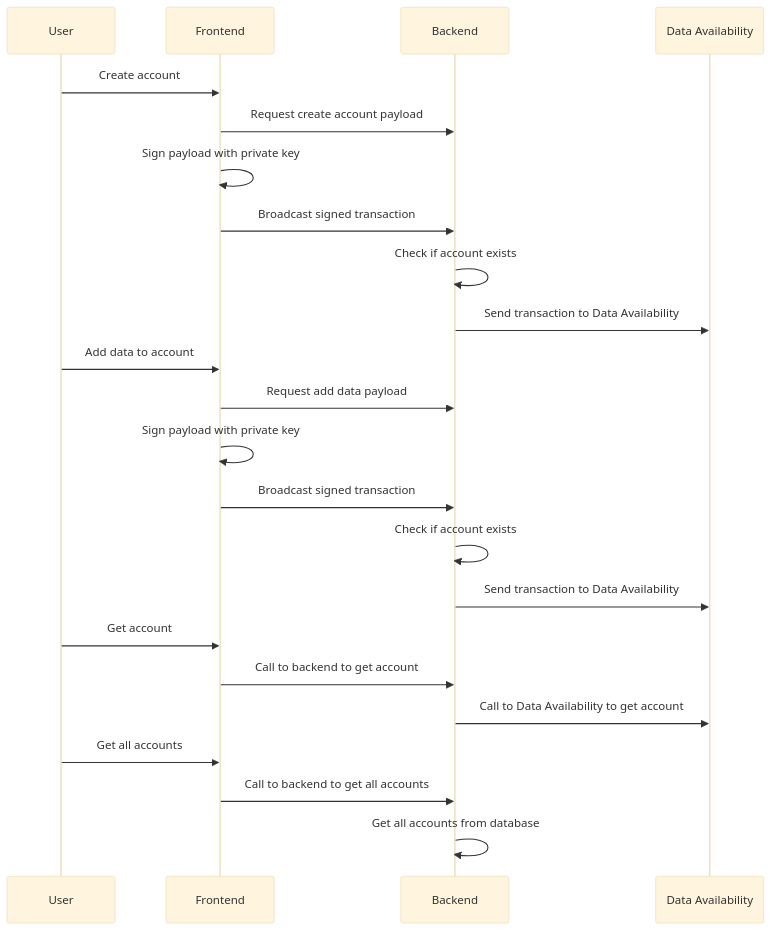
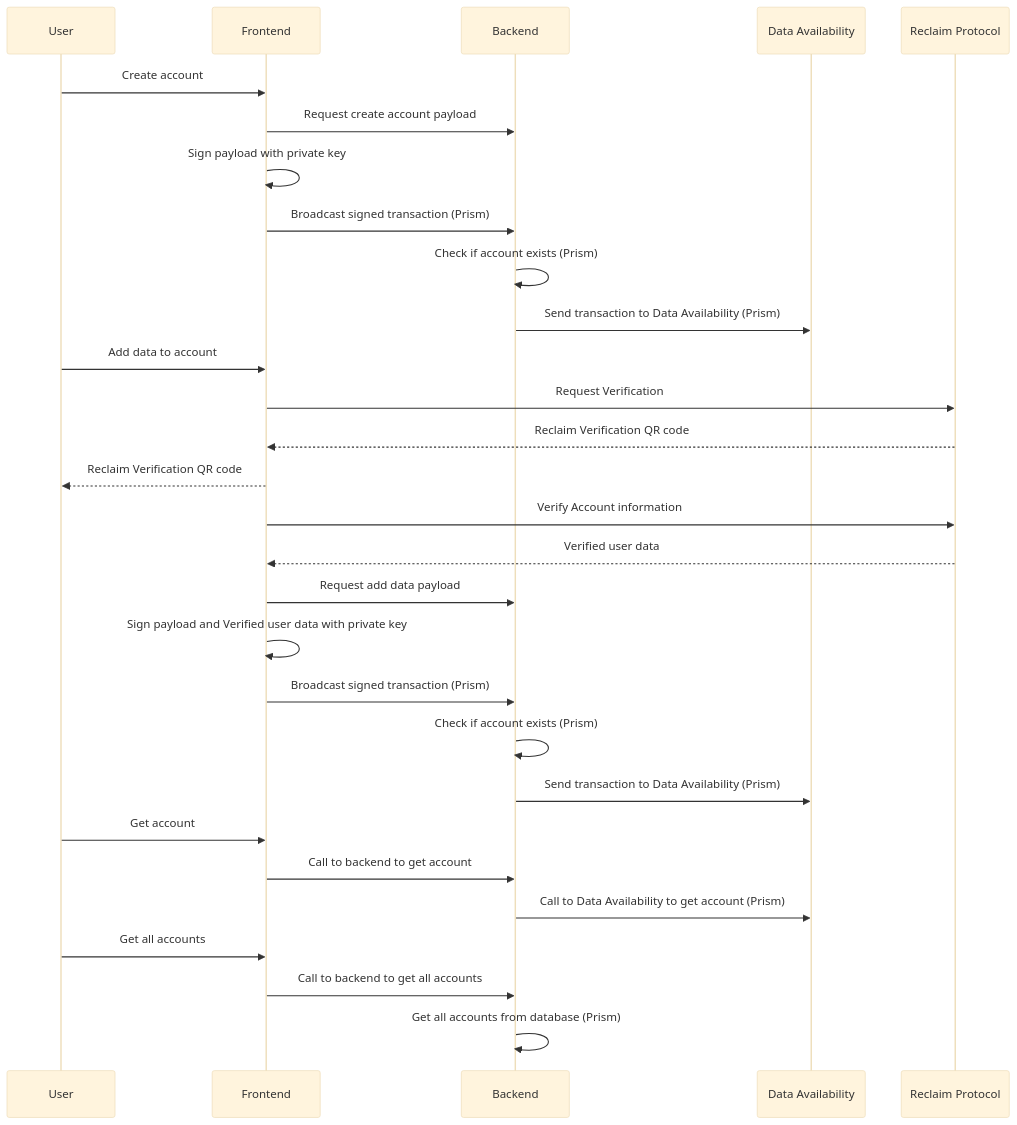
One commit to tentou-tech/mammothon changed the diagram in README.md. Above: the diagram before and after it, drawn with Mermaid (base theme).

````diff
--- a/README.md
+++ b/README.md
@@ -19,30 +19,35 @@
 ```mermaid
 sequenceDiagram
     participant User
     participant FE as Frontend
     participant BE as Backend
     participant DA as Data Availability
+    participant P as Reclaim Protocol
 
     User->>FE: Create account
     FE->>BE: Request create account payload
     FE->>FE: Sign payload with private key
-    FE->>BE: Broadcast signed transaction
-    BE->>BE: Check if account exists
-    BE->>DA: Send transaction to Data Availability
+    FE->>BE: Broadcast signed transaction (Prism)
+    BE->>BE: Check if account exists (Prism)
+    BE->>DA: Send transaction to Data Availability (Prism)
 
     User->>FE: Add data to account
+    FE->>P: Request Verification
+    P-->>FE: Reclaim Verification QR code
+    FE-->>User: Reclaim Verification QR code
+    FE->>P: Verify Account information
+    P-->>FE: Verified user data
     FE->>BE: Request add data payload
-    FE->>FE: Sign payload with private key
-    FE->>BE: Broadcast signed transaction
-    BE->>BE: Check if account exists
-    BE->>DA: Send transaction to Data Availability
+    FE->>FE: Sign payload and Verified user data with private key
+    FE->>BE: Broadcast signed transaction (Prism)
+    BE->>BE: Check if account exists (Prism)
+    BE->>DA: Send transaction to Data Availability (Prism)
 
     User->>FE: Get account
     FE->>BE: Call to backend to get account
-    BE->>DA: Call to Data Availability to get account
+    BE->>DA: Call to Data Availability to get account (Prism)
 
     User->>FE: Get all accounts
     FE->>BE: Call to backend to get all accounts
-    BE->>BE: Get all accounts from database
-
+    BE->>BE: Get all accounts from database (Prism)
 ```
````
